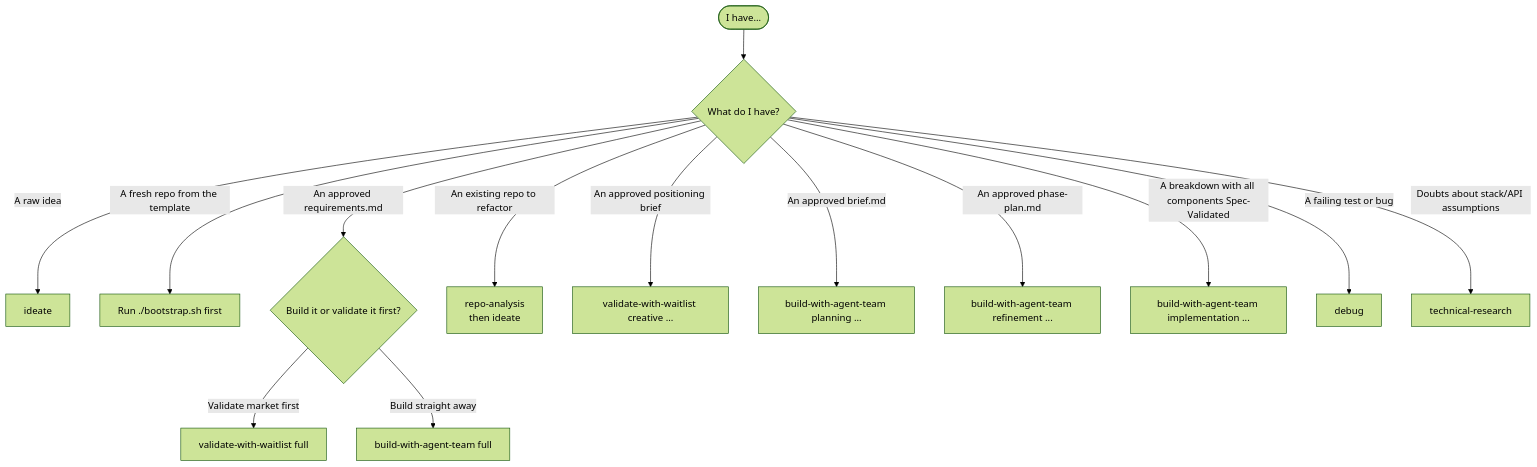
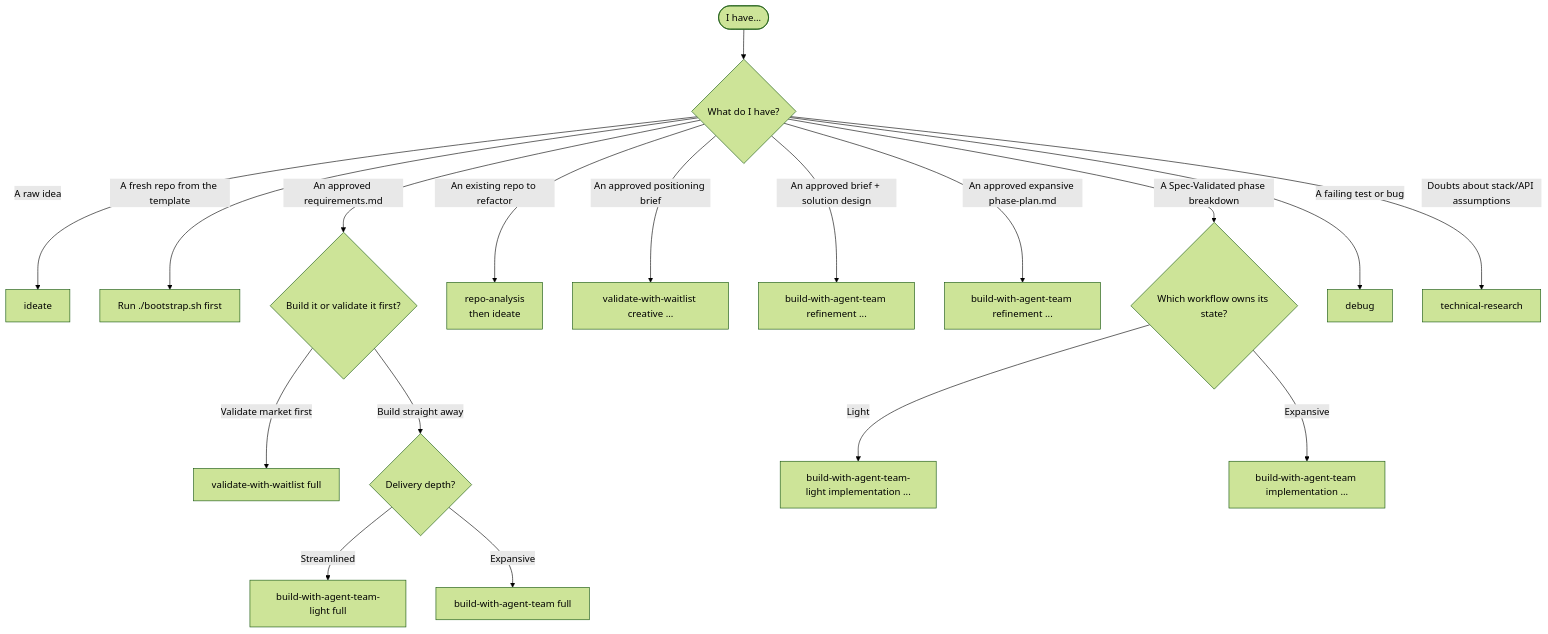
Diagram 11 of 11 in supporting-files/AGENT_FLOWS.md (sjmeehan9/tycoon), drawn with Mermaid (forest theme) before and after one commit. The commit also changed other lines of this file and 67 other files, not shown here.

````diff
--- a/supporting-files/AGENT_FLOWS.md
+++ b/supporting-files/AGENT_FLOWS.md
@@ -405,17 +583,21 @@
 ```mermaid
 flowchart TD
     Start([I have...]) --> Q1{What do I have?}
     Q1 -->|A raw idea| A1[ideate]
     Q1 -->|A fresh repo from the template| A0[Run ./bootstrap.sh first]
     Q1 -->|An approved requirements.md| Q2{Build it or validate it first?}
     Q1 -->|An existing repo to refactor| A2[repo-analysis<br/>then ideate]
     Q1 -->|An approved positioning brief| A3[validate-with-waitlist creative ...]
-    Q1 -->|An approved brief.md| A4[build-with-agent-team planning ...]
-    Q1 -->|An approved phase-plan.md| A5[build-with-agent-team refinement ...]
-    Q1 -->|"A breakdown with all components Spec-Validated"| A6[build-with-agent-team implementation ...]
+    Q1 -->|"An approved brief + solution design"| A4[build-with-agent-team refinement ...]
+    Q1 -->|An approved expansive phase-plan.md| A5[build-with-agent-team refinement ...]
+    Q1 -->|"A Spec-Validated phase breakdown"| Q3{Which workflow owns its state?}
     Q1 -->|A failing test or bug| A7[debug]
     Q1 -->|Doubts about stack/API assumptions| A8[technical-research]
 
     Q2 -->|Validate market first| V[validate-with-waitlist full]
-    Q2 -->|Build straight away| B[build-with-agent-team full]
+    Q2 -->|Build straight away| DepthQ{Delivery depth?}
+    DepthQ -->|Streamlined| L[build-with-agent-team-light full]
+    DepthQ -->|Expansive| B[build-with-agent-team full]
+    Q3 -->|Light| A6L[build-with-agent-team-light implementation ...]
+    Q3 -->|Expansive| A6[build-with-agent-team implementation ...]
 ```
````
